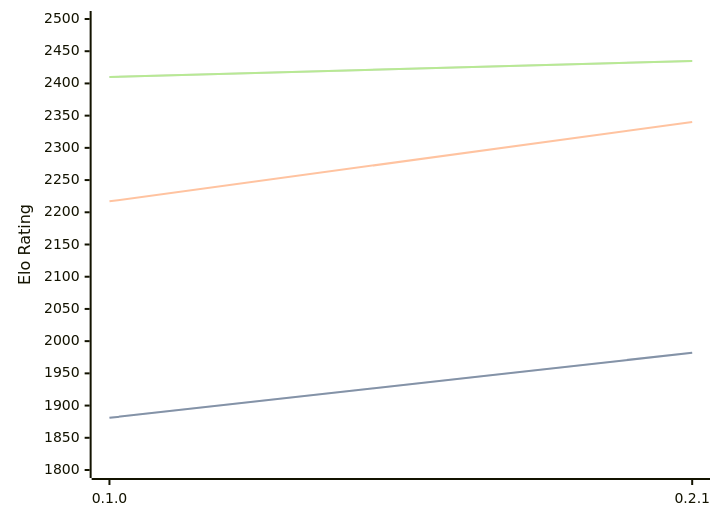
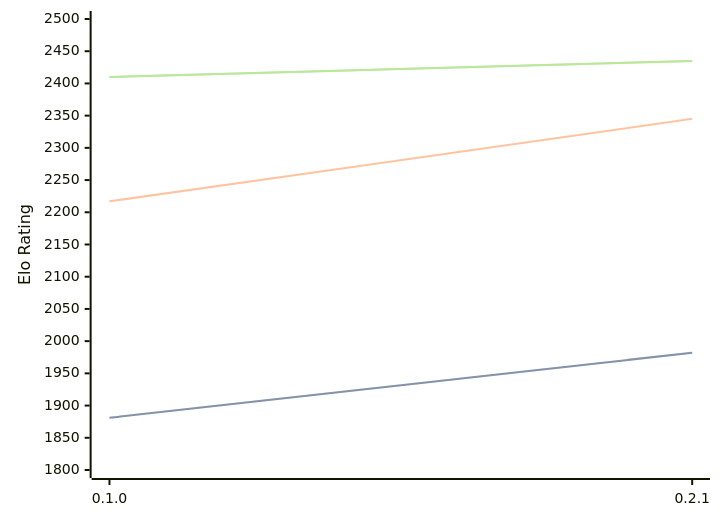
Before and after one commit to computer-chess-index/cci: the third of 3 diagrams in engines/Sykora.md, drawn with Mermaid. The commit also changed other lines of this file, not shown here.

````diff
--- a/engines/Sykora.md
+++ b/engines/Sykora.md
@@ -66,11 +66,11 @@
 ```mermaid
 %%{init: {"theme":"base","themeVariables":{"seriesColors:['#a3a3a3','#222221','#faa371']}}}%%
 xychart-beta
   x-axis ["0.1.0", "0.2.1"]
   y-axis "Elo Rating" 1800 --> 2500
   line "STC (8.0+0.08s)" [1881, 1982]
   line "STC (8.0+0.08s)" [1881, 1982]
-  line "LTC (60.0+0.60s)" [2217, 2340]
+  line "LTC (60.0+0.60s)" [2217, 2345]
   line "VLTC (2m24s+1.12s)" [2410, 2435]
   line "VLTC (2m24s+1.12s)" [2410, 2435]
 ```
````
